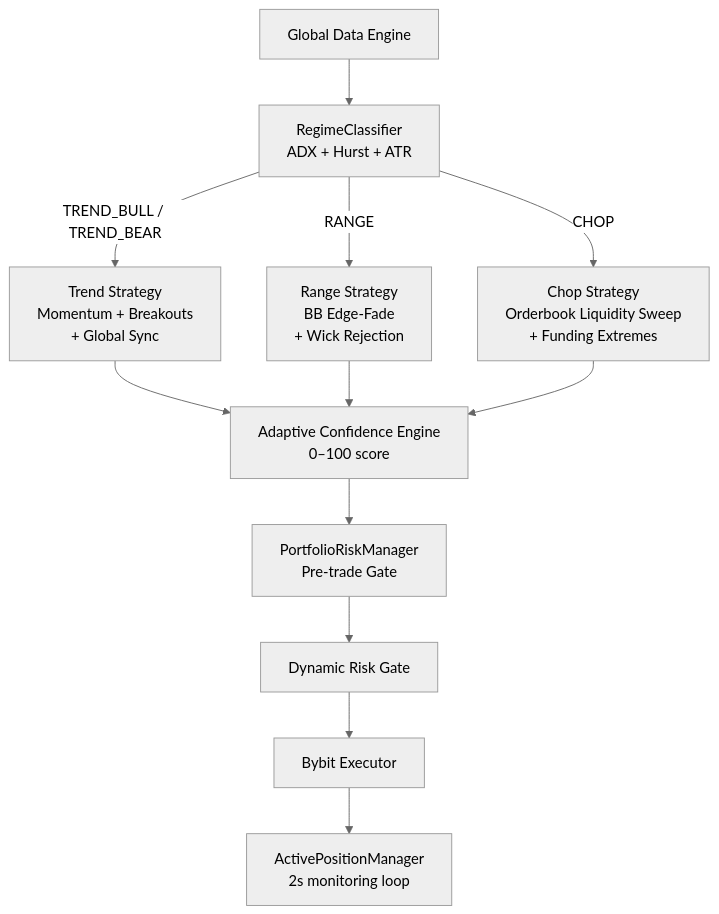
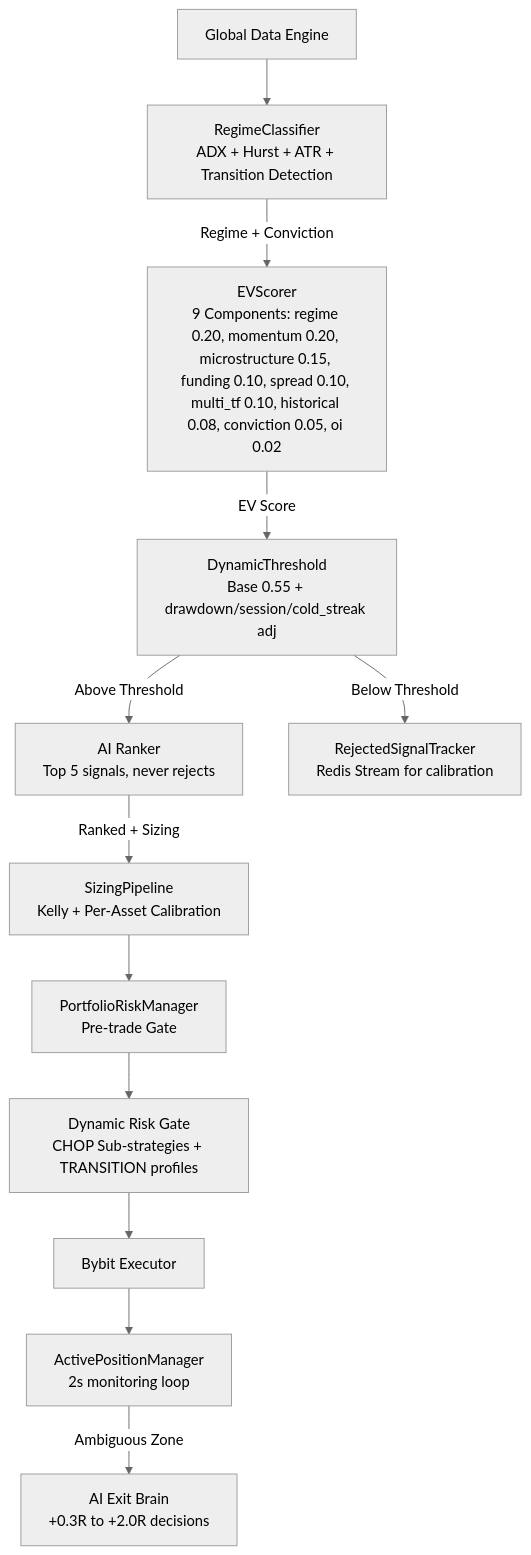
Before and after one commit to skeithnight/karsa-auto-session-manager: the diagram in CONTEXT.md, drawn with Mermaid (neutral theme). The commit also changed other lines of this file and 45 other files, not shown here.

Commit message:
feat: implement dynamic signal calibration and rejection tracking system to optimize trading filter thresholds

````diff
--- a/CONTEXT.md
+++ b/CONTEXT.md
@@ -42,12 +42,14 @@
 ```mermaid
 graph TD
-    DATA[Global Data Engine] --> RC[RegimeClassifier\nADX + Hurst + ATR]
-    RC -->|TREND_BULL / TREND_BEAR| TS[Trend Strategy\nMomentum + Breakouts\n+ Global Sync]
-    RC -->|RANGE| RS[Range Strategy\nBB Edge-Fade\n+ Wick Rejection]
-    RC -->|CHOP| CS[Chop Strategy\nOrderbook Liquidity Sweep\n+ Funding Extremes]
-    TS & RS & CS --> ACE[Adaptive Confidence Engine\n0–100 score]
-    ACE --> PRM[PortfolioRiskManager\nPre-trade Gate]
-    PRM --> RG[Dynamic Risk Gate]
+    DATA[Global Data Engine] --> RC[RegimeClassifier\nADX + Hurst + ATR + Transition Detection]
+    RC -->|Regime + Conviction| EV[EVScorer\n9 Components: regime 0.20, momentum 0.20, microstructure 0.15, funding 0.10, spread 0.10, multi_tf 0.10, historical 0.08, conviction 0.05, oi 0.02]
+    EV -->|EV Score| DT[DynamicThreshold\nBase 0.55 + drawdown/session/cold_streak adj]
+    DT -->|Above Threshold| AR[AI Ranker\nTop 5 signals, never rejects]
+    DT -->|Below Threshold| RST[RejectedSignalTracker\nRedis Stream for calibration]
+    AR -->|Ranked + Sizing| SP[SizingPipeline\nKelly + Per-Asset Calibration]
+    SP --> PRM[PortfolioRiskManager\nPre-trade Gate]
+    PRM --> RG[Dynamic Risk Gate\nCHOP Sub-strategies + TRANSITION profiles]
     RG --> EX[Bybit Executor]
     EX --> APM[ActivePositionManager\n2s monitoring loop]
+    APM -->|Ambiguous Zone| AEB[AI Exit Brain\n+0.3R to +2.0R decisions]
 ```
````
